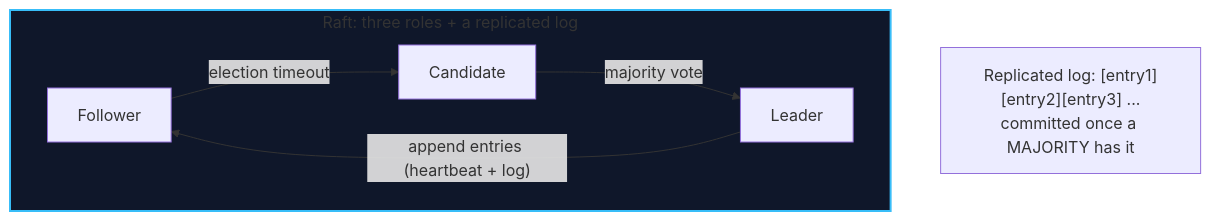
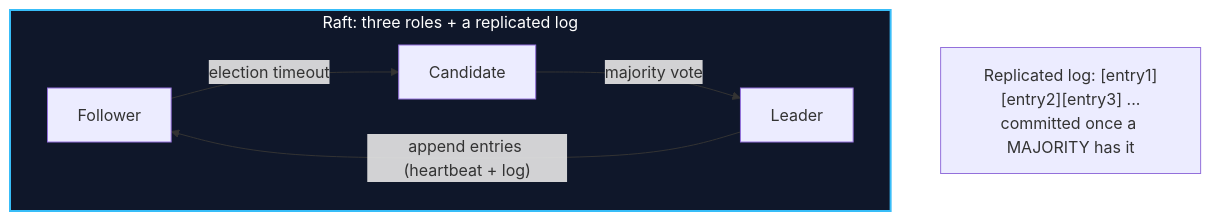
One commit to 1345AbhishekKumar/cs-cookbook changed the third of 4 diagrams in content/docs/databases-sql/04-distributed-data-and-nosql/03-distributed-transactions-consensus-and-nosql.mdx. Above: the diagram before and after it, drawn with Mermaid. The commit also changed other lines of this file and 80 other files, not shown here.

````diff
--- a/content/docs/databases-sql/04-distributed-data-and-nosql/03-distributed-transactions-consensus-and-nosql.mdx
+++ b/content/docs/databases-sql/04-distributed-data-and-nosql/03-distributed-transactions-consensus-and-nosql.mdx
@@ -126,12 +126,12 @@
 ```mermaid
 flowchart TD
     subgraph Raft["Raft: three roles + a replicated log"]
         direction LR
         F["Follower"] -->|"election timeout"| C["Candidate"]
         C -->|"majority vote"| L["Leader"]
         L -->|"append entries (heartbeat + log)"| F
     end
     Log["Replicated log: [entry1][entry2][entry3] ...<br/>committed once a MAJORITY has it"]
 
-    style Raft fill:#0f172a,stroke:#38bdf8,stroke-width:2px
+    style Raft fill:#0f172a,stroke:#38bdf8,stroke-width:2px,color:#ffffff
 ```
````
